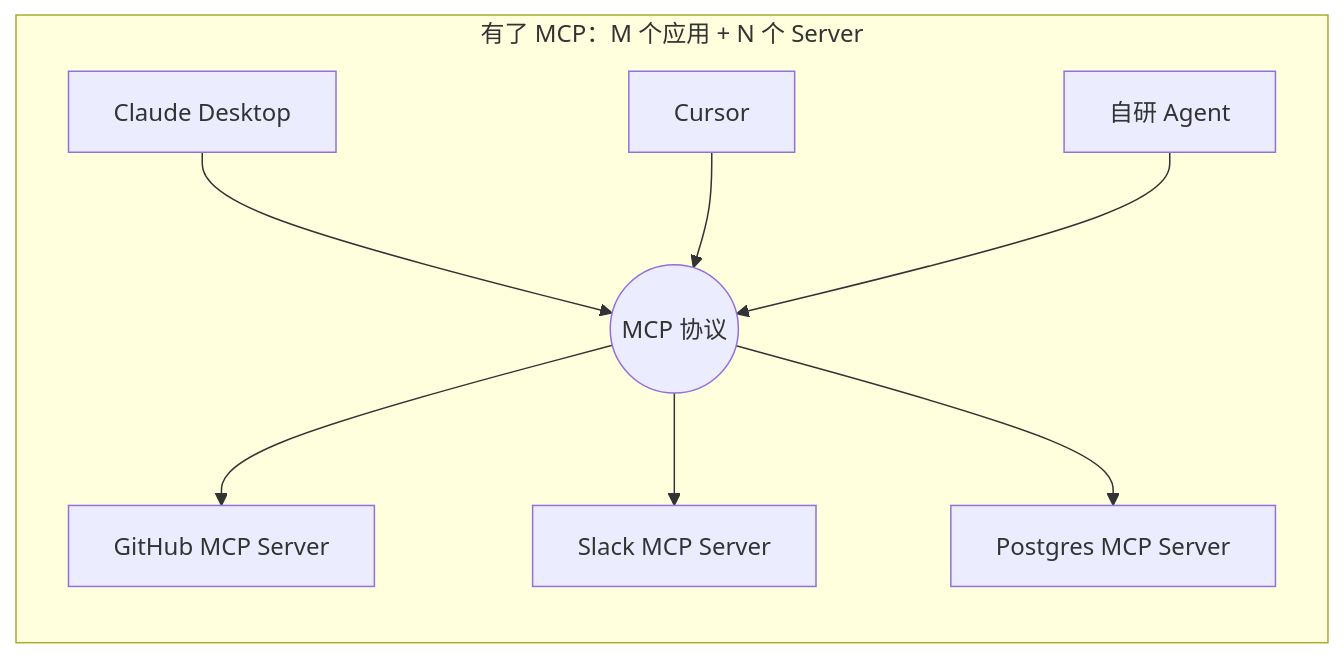
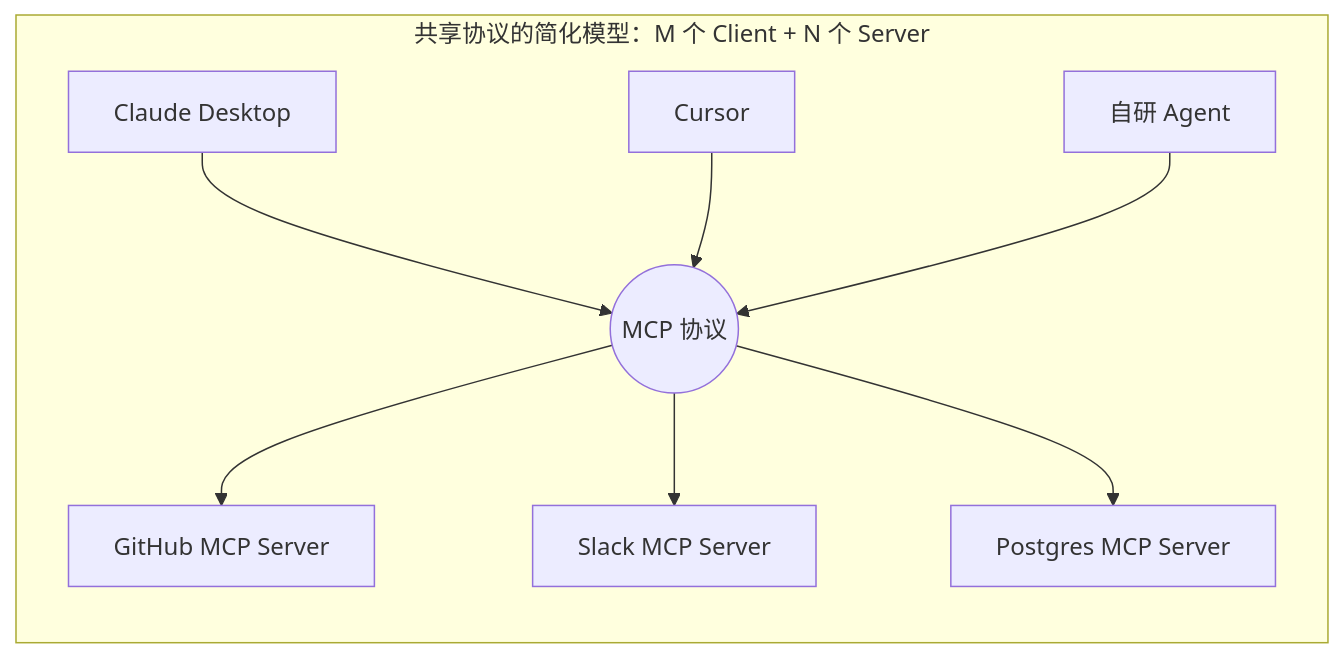
The second of 3 diagrams in docs/tools/02-mcp/04-what-is-mcp.md (oneleaveknowsthefall/awesome-ai-roadmap), drawn with Mermaid before and after one commit. The commit also changed other lines of this file and 50 other files, not shown here.

````diff
--- a/docs/tools/02-mcp/04-what-is-mcp.md
+++ b/docs/tools/02-mcp/04-what-is-mcp.md
@@ -55,11 +55,11 @@
 ```mermaid
 flowchart LR
-    subgraph AFTER["有了 MCP：M 个应用 + N 个 Server"]
+    subgraph AFTER["共享协议的简化模型：M 个 Client + N 个 Server"]
         A1[Claude Desktop] --> P((MCP 协议))
         A2[Cursor] --> P
         A3[自研 Agent] --> P
         P --> S1[GitHub MCP Server]
         P --> S2[Slack MCP Server]
         P --> S3[Postgres MCP Server]
     end
 ```
````
